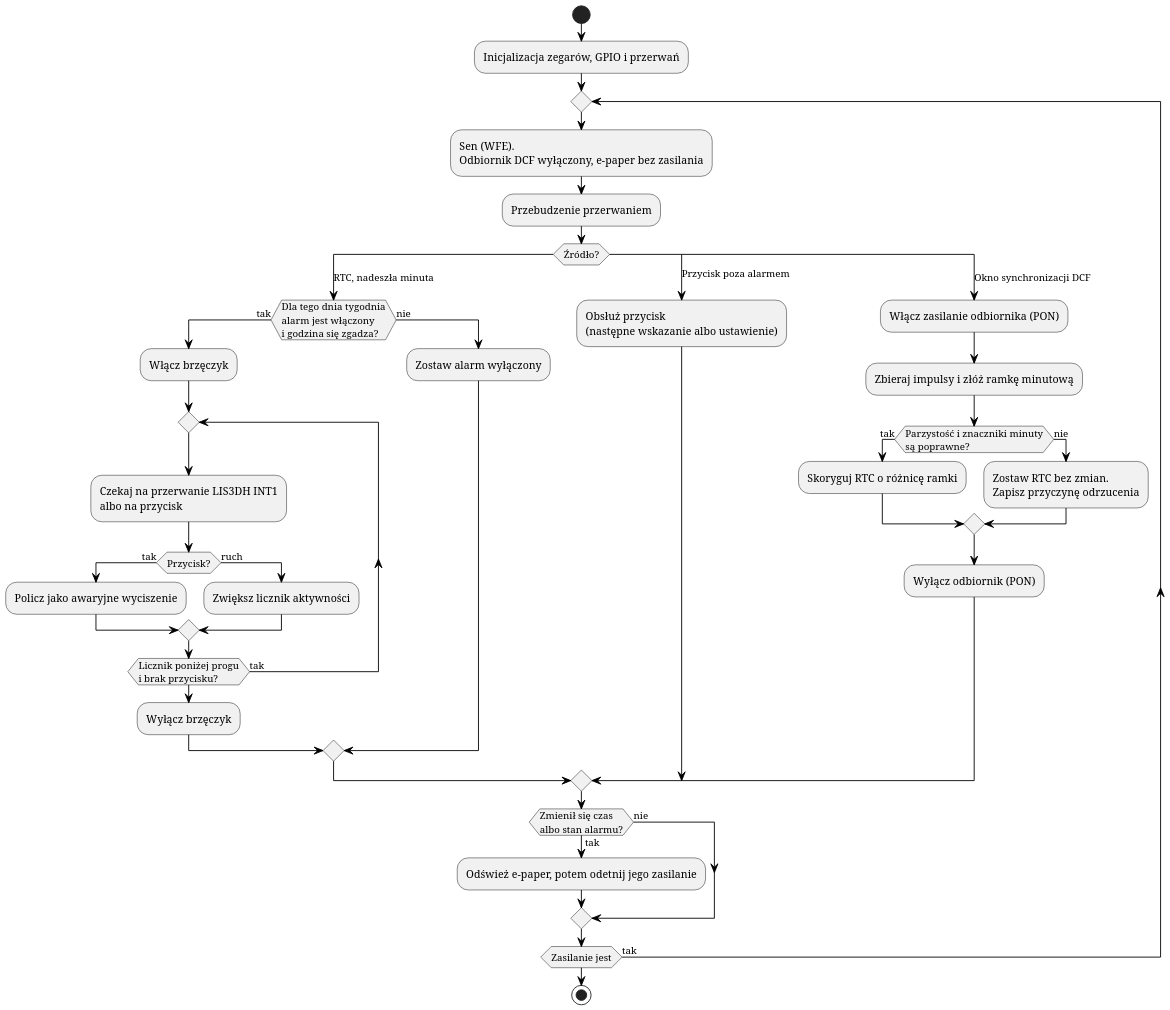
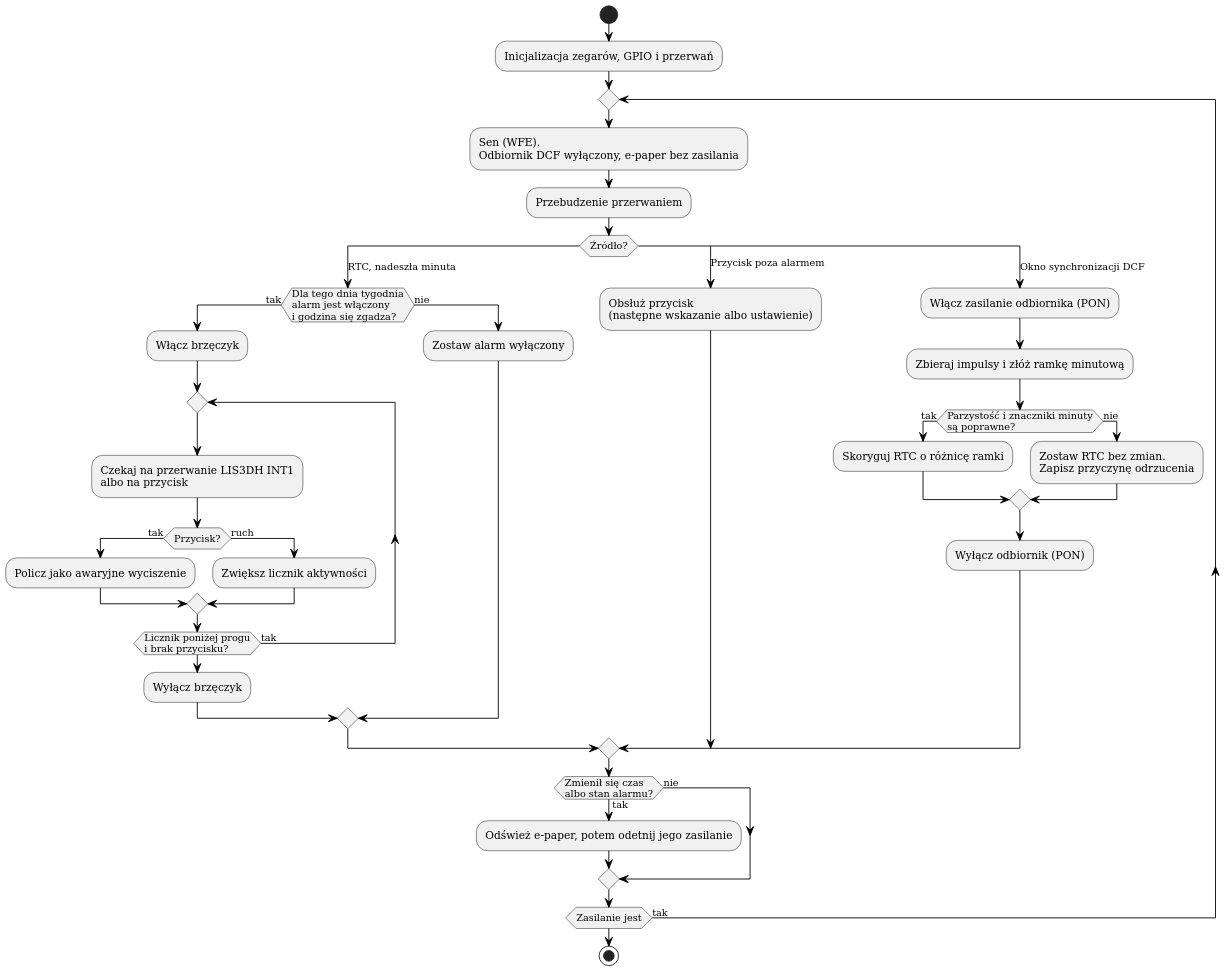
One commit to mikolajwojcicki/clock-project changed the diagram in firmware/docs/software-flowchart.puml. Above: the diagram before and after it, drawn with PlantUML. The commit also changed other lines of this file and 2 other files, not shown here.

First line of the commit message:
firmware: keep Polish letters in the flowchart PDF

```diff
--- a/firmware/docs/software-flowchart.puml
+++ b/firmware/docs/software-flowchart.puml
@@ -4,55 +6,57 @@
 @startuml
 skinparam monochrome true
 skinparam shadowing false
 skinparam backgroundColor white
-skinparam defaultFontName Serif
+skinparam defaultFontName DejaVu Serif
+skinparam activityFontName DejaVu Serif
+skinparam activityDiamondFontName DejaVu Serif
 skinparam dpi 160
 skinparam ActivityBorderColor black
 skinparam ActivityDiamondBorderColor black
 skinparam ArrowColor black
 
 start
 :Inicjalizacja zegarów, GPIO i przerwań;
 repeat
   :Sen (WFE).\nOdbiornik DCF wyłączony, e-paper bez zasilania;
   :Przebudzenie przerwaniem;
 
   switch (Źródło?)
   case (RTC, nadeszła minuta)
     if (Dla tego dnia tygodnia\nalarm jest włączony\ni godzina się zgadza?) then (tak)
       :Włącz brzęczyk;
       repeat
         :Czekaj na przerwanie LIS3DH INT1\nalbo na przycisk;
         if (Przycisk?) then (tak)
           :Policz jako awaryjne wyciszenie;
         else (ruch)
           :Zwiększ licznik aktywności;
         endif
       repeat while (Licznik poniżej progu\ni brak przycisku?) is (tak)
       :Wyłącz brzęczyk;
     else (nie)
       :Zostaw alarm wyłączony;
     endif
 
   case (Przycisk poza alarmem)
     :Obsłuż przycisk\n(następne wskazanie albo ustawienie);
 
   case (Okno synchronizacji DCF)
     :Włącz zasilanie odbiornika (PON);
     :Zbieraj impulsy i złóż ramkę minutową;
     if (Parzystość i znaczniki minuty\nsą poprawne?) then (tak)
       :Skoryguj RTC o różnicę ramki;
     else (nie)
       :Zostaw RTC bez zmian.\nZapisz przyczynę odrzucenia;
     endif
     :Wyłącz odbiornik (PON);
 
   endswitch
 
   if (Zmienił się czas\nalbo stan alarmu?) then (tak)
     :Odśwież e-paper, potem odetnij jego zasilanie;
   else (nie)
   endif
 repeat while (Zasilanie jest) is (tak)
 stop
 @enduml
```
